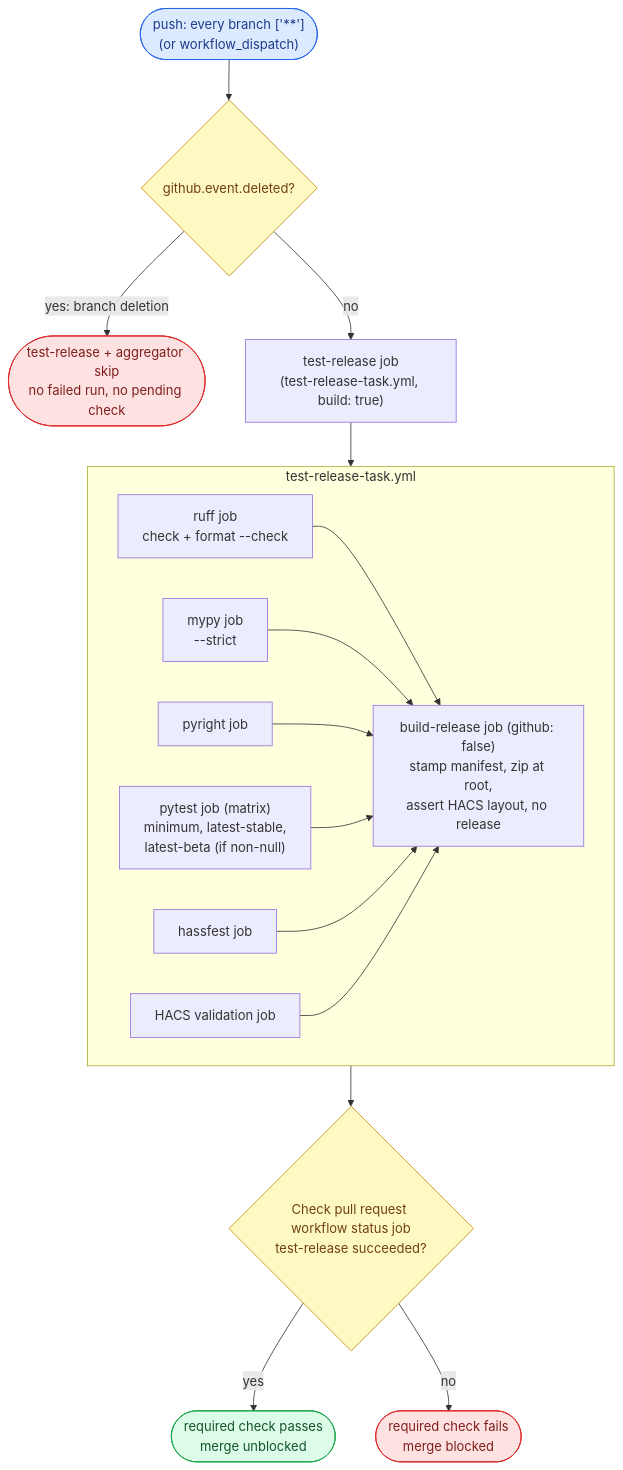
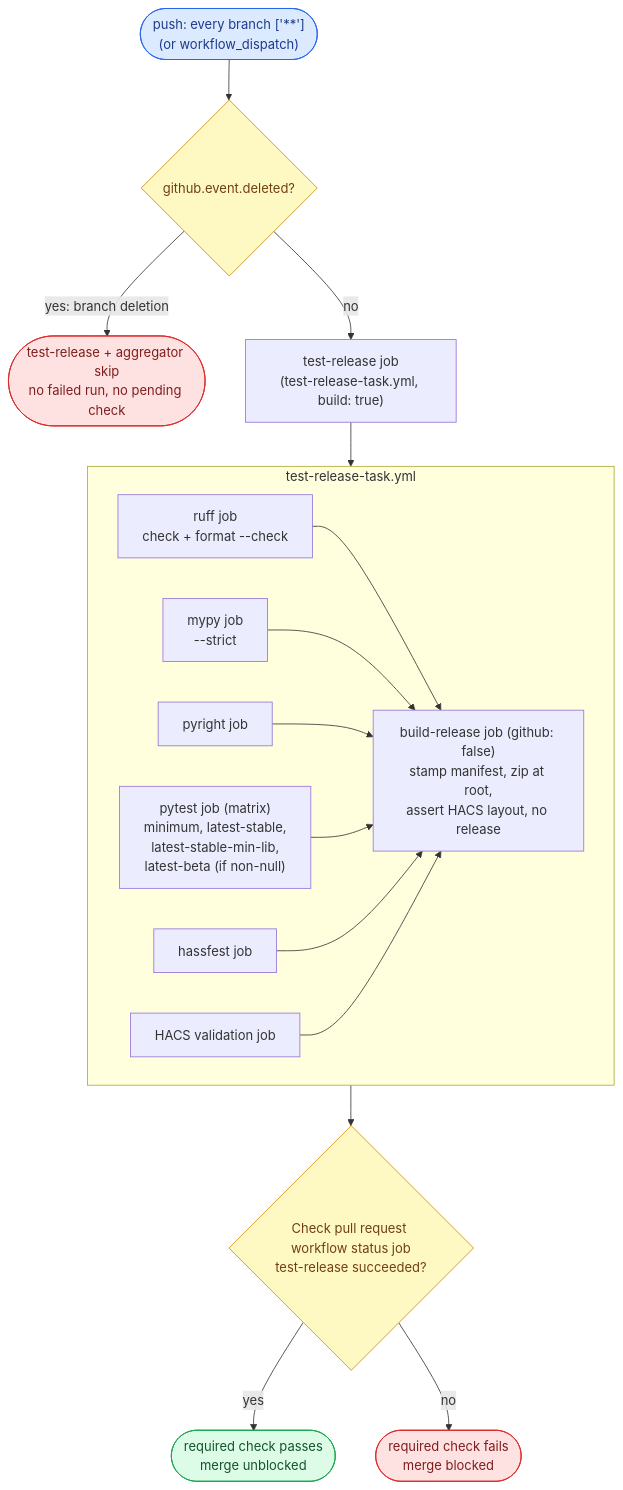
The first of 4 diagrams in WORKFLOW.md (ptr727/homeassistant-purpleair), drawn with Mermaid before and after one commit. The commit also changed other lines of this file and 2 other files, not shown here.

First line of the commit message:
Type-Check the Minimum-Library Legs and Document the New Leg

````diff
--- a/WORKFLOW.md
+++ b/WORKFLOW.md
@@ -259,30 +261,30 @@
 ```mermaid
 flowchart TD
     T(["push: every branch ['**']<br/>(or workflow_dispatch)"]):::trig
     T --> D{"github.event.deleted?"}:::gate
     D -- "yes: branch deletion" --> X(["test-release + aggregator skip<br/>no failed run, no pending check"]):::stop
     D -- "no" --> TR["test-release job<br/>(test-release-task.yml, build: true)"]
     subgraph TRT ["test-release-task.yml"]
         RF["ruff job<br/>check + format --check"]
         MY["mypy job<br/>--strict"]
         PY["pyright job"]
-        PT["pytest job (matrix)<br/>minimum, latest-stable,<br/>latest-beta (if non-null)"]
+        PT["pytest job (matrix)<br/>minimum, latest-stable,<br/>latest-stable-min-lib,<br/>latest-beta (if non-null)"]
         HF["hassfest job"]
         HC["HACS validation job"]
         BR["build-release job (github: false)<br/>stamp manifest, zip at root,<br/>assert HACS layout, no release"]
         RF --> BR
         MY --> BR
         PY --> BR
         PT --> BR
         HF --> BR
         HC --> BR
     end
     TR --> TRT
     TRT --> A{"Check pull request workflow status job<br/>test-release succeeded?"}:::gate
     A -- "yes" --> G(["required check passes<br/>merge unblocked"]):::pub
     A -- "no" --> R(["required check fails<br/>merge blocked"]):::stop
     classDef trig fill:#dbeafe,stroke:#2563eb,color:#1e3a8a
     classDef gate fill:#fef9c3,stroke:#ca8a04,color:#713f12
     classDef pub fill:#dcfce7,stroke:#16a34a,color:#14532d
     classDef stop fill:#fee2e2,stroke:#dc2626,color:#7f1d1d
 ```
````
